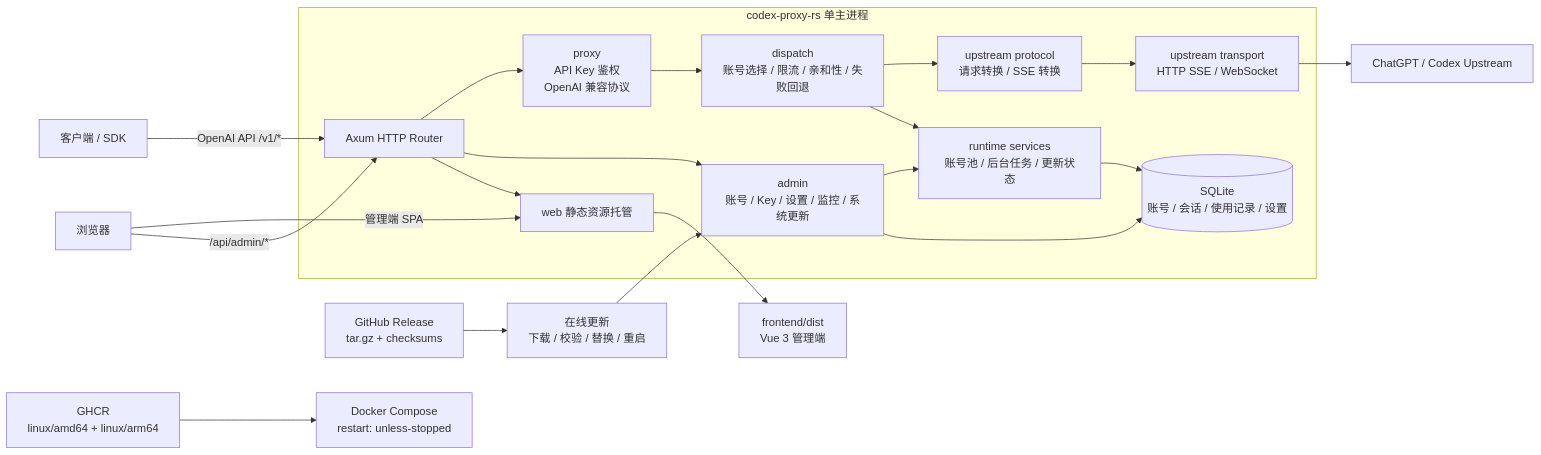
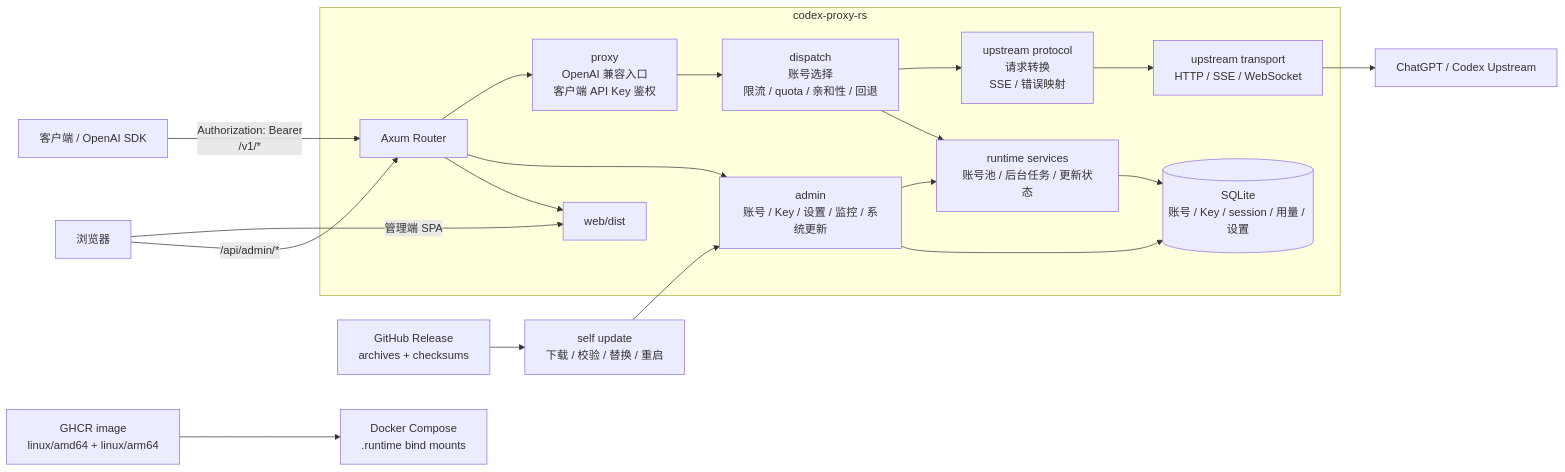
One commit to zyycn/codex-proxy-rs changed the diagram in docs/architecture.md. Above: the diagram before and after it, drawn with Mermaid. The commit also changed other lines of this file and 11 other files, not shown here.

````diff
--- a/docs/architecture.md
+++ b/docs/architecture.md
@@ -7,28 +7,26 @@
 ```mermaid
 flowchart LR
-    Client["客户端 / SDK"] -->|"OpenAI API /v1/*"| Http["Axum HTTP Router"]
-    Browser["浏览器"] -->|"管理端 SPA"| Web["web 静态资源托管"]
+    Client["客户端 / OpenAI SDK"] -->|"Authorization: Bearer<br/>/v1/*"| Http["Axum Router"]
+    Browser["浏览器"] -->|"管理端 SPA"| Web["web/dist"]
     Browser -->|"/api/admin/*"| Http
 
-    subgraph App["codex-proxy-rs 单主进程"]
-        Http --> Proxy["proxy<br/>API Key 鉴权<br/>OpenAI 兼容协议"]
+    subgraph App["codex-proxy-rs"]
+        Http --> Proxy["proxy<br/>OpenAI 兼容入口<br/>客户端 API Key 鉴权"]
         Http --> Admin["admin<br/>账号 / Key / 设置 / 监控 / 系统更新"]
         Http --> Web
 
-        Proxy --> Dispatch["dispatch<br/>账号选择 / 限流 / 亲和性 / 失败回退"]
-        Dispatch --> Protocol["upstream protocol<br/>请求转换 / SSE 转换"]
-        Protocol --> Transport["upstream transport<br/>HTTP SSE / WebSocket"]
+        Proxy --> Dispatch["dispatch<br/>账号选择<br/>限流 / quota / 亲和性 / 回退"]
+        Dispatch --> Protocol["upstream protocol<br/>请求转换<br/>SSE / 错误映射"]
+        Protocol --> Transport["upstream transport<br/>HTTP / SSE / WebSocket"]
 
         Admin --> Runtime["runtime services<br/>账号池 / 后台任务 / 更新状态"]
         Dispatch --> Runtime
-        Runtime --> Store[("SQLite<br/>账号 / 会话 / 使用记录 / 设置")]
+        Runtime --> Store[("SQLite<br/>账号 / Key / session / 用量 / 设置")]
         Admin --> Store
     end
 
     Transport --> Upstream["ChatGPT / Codex Upstream"]
-    Web --> Frontend["frontend/dist<br/>Vue 3 管理端"]
-
-    Release["GitHub Release<br/>tar.gz + checksums"] --> Update["在线更新<br/>下载 / 校验 / 替换 / 重启"]
-    Update --> Admin
-    GHCR["GHCR<br/>linux/amd64 + linux/arm64"] --> Docker["Docker Compose<br/>restart: unless-stopped"]
+    Release["GitHub Release<br/>archives + checksums"] --> Updater["self update<br/>下载 / 校验 / 替换 / 重启"]
+    Updater --> Admin
+    GHCR["GHCR image<br/>linux/amd64 + linux/arm64"] --> Docker["Docker Compose<br/>.runtime bind mounts"]
 ```
````
